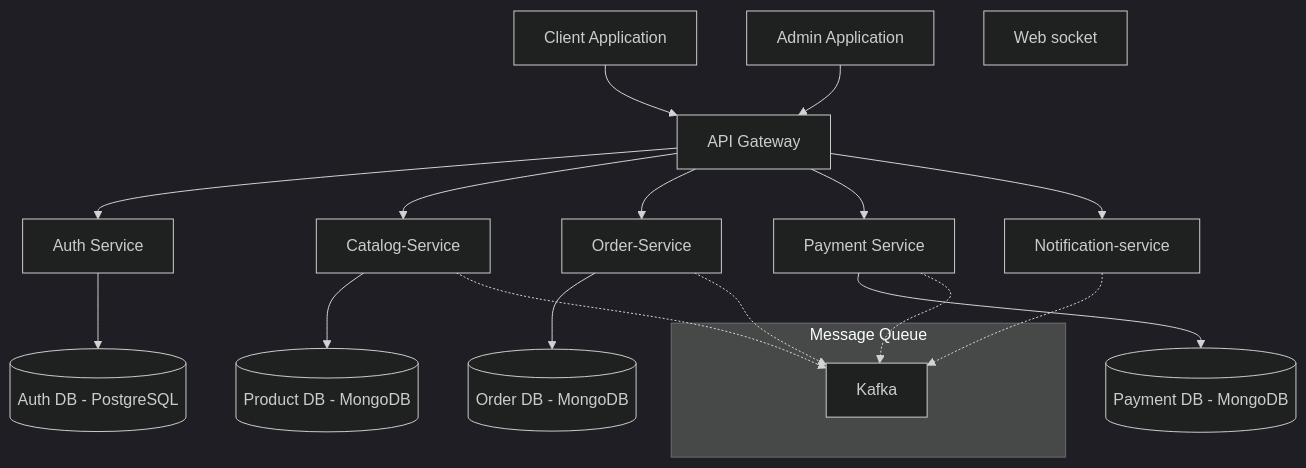
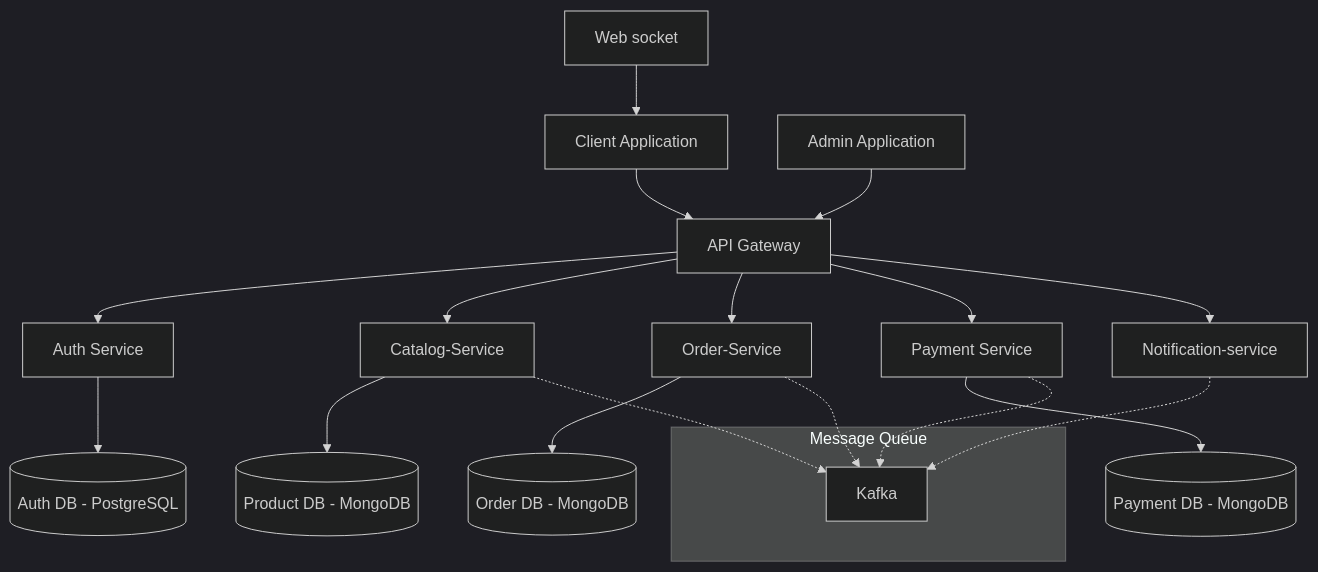
The diagram in README.md (jabinv13/CrunchCab_Microservice), drawn with Mermaid (dark theme) before and after one commit.

````diff
--- a/README.md
+++ b/README.md
@@ -44,25 +44,25 @@
 ```mermaid
 graph TD
     Client[Client Application] --> Gateway[API Gateway]
     AdminUI[Admin Application] --> Gateway[API Gateway]
     Gateway --> Auth[Auth Service]
     Gateway --> Products[Catalog-Service]
     Gateway --> Orders[Order-Service]
     Gateway --> Payments[Payment Service]
     Gateway --> Notification[Notification-service]
-    WenSocket[Web socket]
+    WenSocket[Web socket] --> Client[Client Application] 
     Auth --> AuthDB[(Auth DB - PostgreSQL)]
     Products --> ProductDB[(Product DB - MongoDB)]
     Orders --> OrderDB[(Order DB - MongoDB)]
     Payments --> PaymentDB[(Payment DB - MongoDB)]
     
     subgraph Message Queue
         Kafka
     end
     
     
     Products -.-> Kafka
     Orders -.-> Kafka
     Payments -.-> Kafka
     Notification -.-> Kafka
 ```
````
